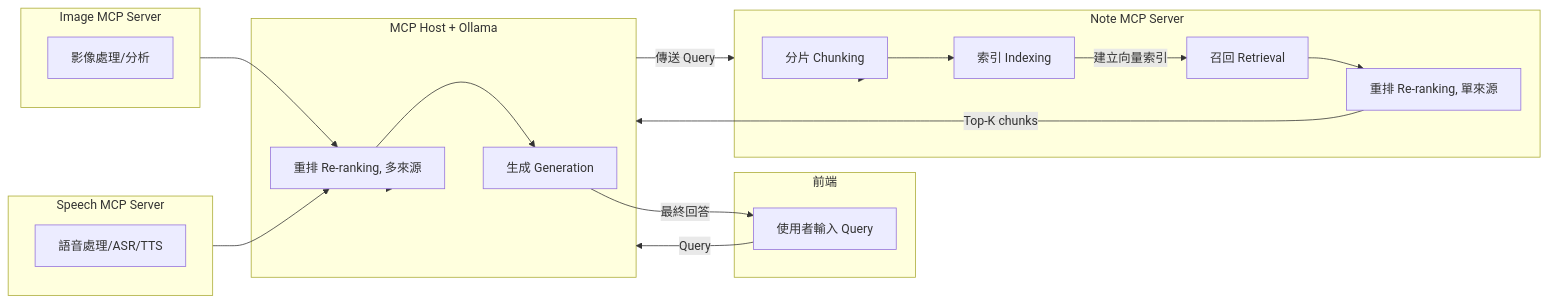
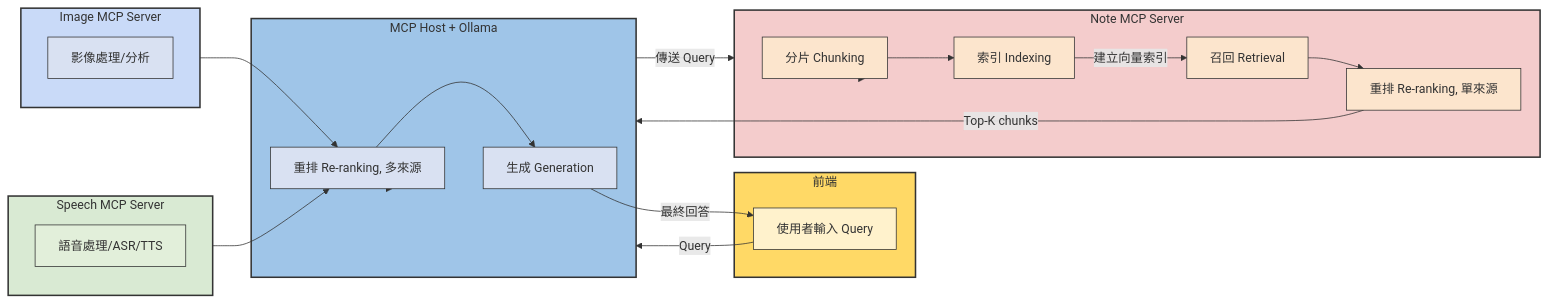
The diagram in docs/docs.md (a920604a/llm-assistant), drawn with Mermaid before and after one commit.

````diff
--- a/docs/docs.md
+++ b/docs/docs.md
@@ -28,39 +28,59 @@
 ```mermaid
 flowchart LR
+    %% === 前端模組 ===
     subgraph Frontend[前端]
+        style Frontend fill:#FFD966,stroke:#333,stroke-width:2px
         U[使用者輸入 Query]
+        style U fill:#FFF2CC,stroke:#333,stroke-width:1px
     end
 
+    %% === Host 模組 ===
     subgraph Host[MCP Host + Ollama]
+        style Host fill:#9FC5E8,stroke:#333,stroke-width:2px
         G[生成 Generation]
         HR[重排 Re-ranking, 多來源]
+        style G fill:#D9E1F2,stroke:#333,stroke-width:1px
+        style HR fill:#D9E1F2,stroke:#333,stroke-width:1px
     end
 
+    %% === Note MCP Server ===
     subgraph NoteServer[Note MCP Server]
+        style NoteServer fill:#F4CCCC,stroke:#333,stroke-width:2px
         C[分片 Chunking]
         I[索引 Indexing]
         R[召回 Retrieval]
         NR[重排 Re-ranking, 單來源]
+        style C fill:#FCE5CD,stroke:#333,stroke-width:1px
+        style I fill:#FCE5CD,stroke:#333,stroke-width:1px
+        style R fill:#FCE5CD,stroke:#333,stroke-width:1px
+        style NR fill:#FCE5CD,stroke:#333,stroke-width:1px
     end
 
+    %% === Image Server ===
     subgraph ImageServer[Image MCP Server]
+        style ImageServer fill:#C9DAF8,stroke:#333,stroke-width:2px
         Img[影像處理/分析]
+        style Img fill:#D9E1F2,stroke:#333,stroke-width:1px
     end
 
+    %% === Speech Server ===
     subgraph SpeechServer[Speech MCP Server]
+        style SpeechServer fill:#D9EAD3,stroke:#333,stroke-width:2px
         Sp[語音處理/ASR/TTS]
+        style Sp fill:#E2EFDA,stroke:#333,stroke-width:1px
     end
 
+    %% === 流程連線 ===
     U --> |Query| Host
     Host --> |傳送 Query| NoteServer
     NoteServer --> C --> I
     I --> |建立向量索引| R
     R --> NR
     NR --> |Top-K chunks| Host
     Host --> HR
     ImageServer --> HR
     SpeechServer --> HR
     HR --> G
     G --> |最終回答| U
 
 ```
````
